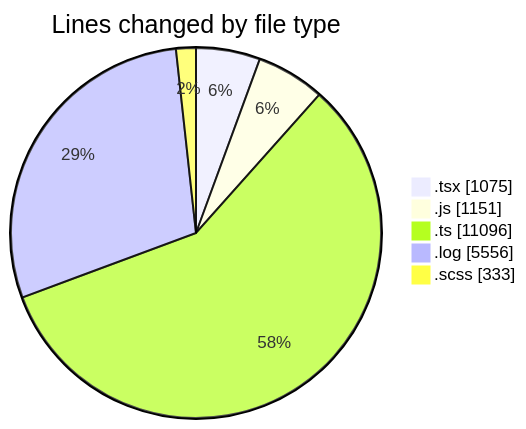
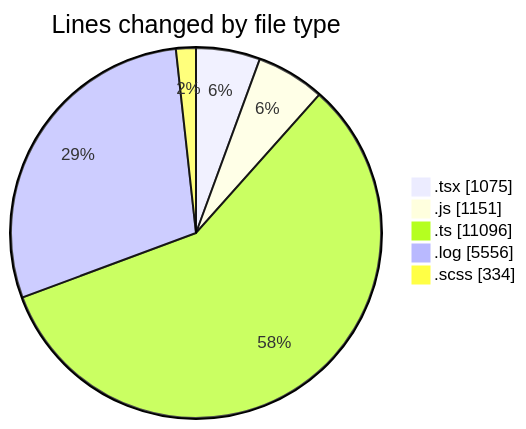
The first of 2 diagrams in 2026-04-09/cda/README.md (momahboobian/code-tracking), drawn with Mermaid before and after one commit. The commit also changed other lines of this file and 1 other file, not shown here.

````diff
--- a/2026-04-09/cda/README.md
+++ b/2026-04-09/cda/README.md
@@ -32,9 +32,9 @@
 ```mermaid
 pie showData
 title Lines changed by file type
 ".tsx" : 1075
 ".js" : 1151
 ".ts" : 11096
 ".log" : 5556
-".scss" : 333
+".scss" : 334
 ```
````
